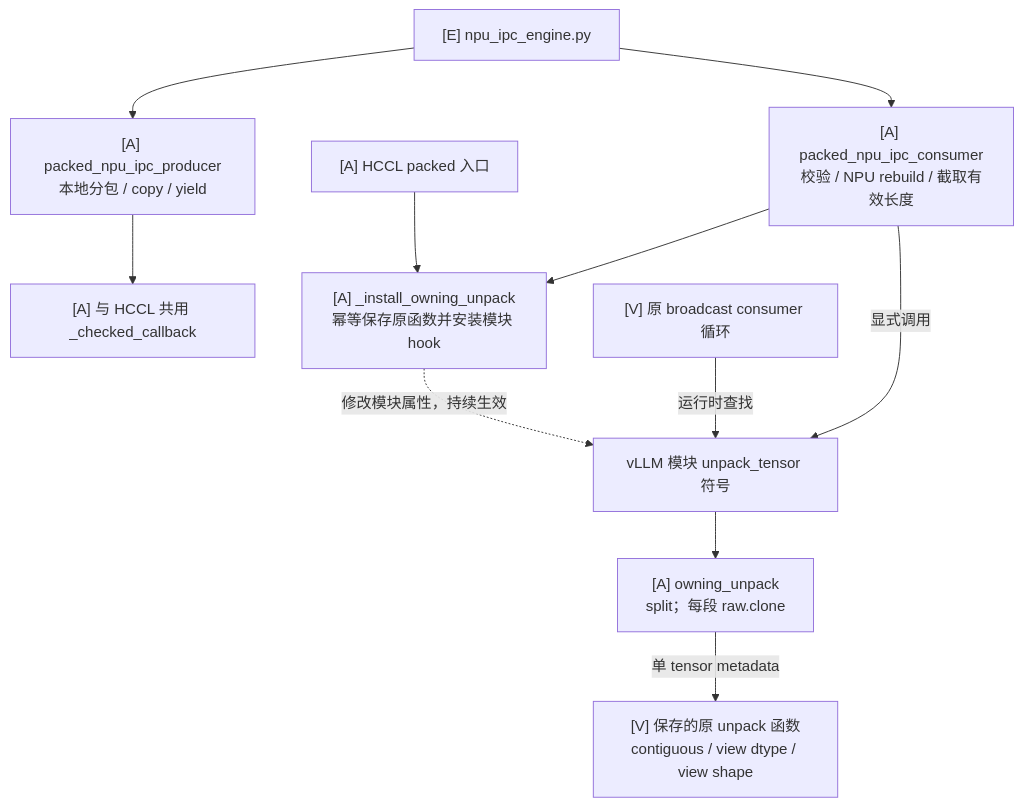
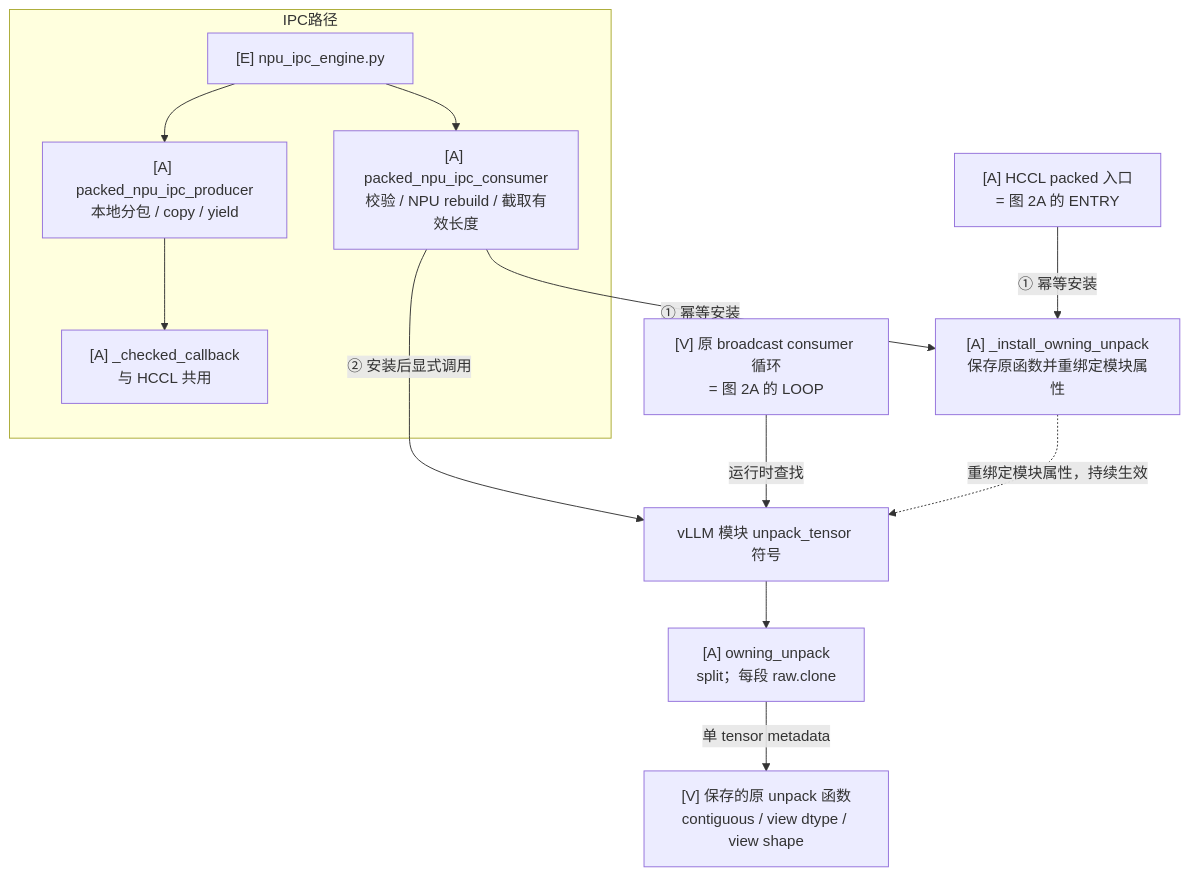
Before and after one commit to Liccol/ref-doc: the third of 10 diagrams in vllm/weight-transfer/packed-tensor-design.md, drawn with Mermaid. The commit also changed other lines of this file and 3 other files, not shown here.

First line of the commit message:
docs: fix diagram attribution and split UML rebinding v1.0.6

````diff
--- a/vllm/weight-transfer/packed-tensor-design.md
+++ b/vllm/weight-transfer/packed-tensor-design.md
@@ -150,13 +150,15 @@
 ```mermaid
 flowchart TD
-    IE["[E] npu_ipc_engine.py"] --> IP["[A] packed_npu_ipc_producer<br/>本地分包 / copy / yield"]
-    IP --> CHECK["[A] 与 HCCL 共用 _checked_callback"]
-    IE --> IC["[A] packed_npu_ipc_consumer<br/>校验 / NPU rebuild / 截取有效长度"]
-    HE["[A] HCCL packed 入口"] --> HOOK["[A] _install_owning_unpack<br/>幂等保存原函数并安装模块 hook"]
-    IC --> HOOK
-    HOOK -.->|修改模块属性，持续生效| SYMBOL["vLLM 模块 unpack_tensor 符号"]
-    LOOP["[V] 原 broadcast consumer 循环"] -->|运行时查找| SYMBOL
-    IC -->|显式调用| SYMBOL
+    subgraph IPC路径
+        IE["[E] npu_ipc_engine.py"] --> IP["[A] packed_npu_ipc_producer<br/>本地分包 / copy / yield"]
+        IP --> CHECK["[A] _checked_callback<br/>与 HCCL 共用"]
+        IE --> IC["[A] packed_npu_ipc_consumer<br/>校验 / NPU rebuild / 截取有效长度"]
+    end
+    HE["[A] HCCL packed 入口<br/>= 图 2A 的 ENTRY"] -->|"① 幂等安装"| HOOK["[A] _install_owning_unpack<br/>保存原函数并重绑定模块属性"]
+    IC -->|"① 幂等安装"| HOOK
+    HOOK -.->|"重绑定模块属性，持续生效"| SYMBOL["vLLM 模块 unpack_tensor 符号"]
+    LOOP["[V] 原 broadcast consumer 循环<br/>= 图 2A 的 LOOP"] -->|"运行时查找"| SYMBOL
+    IC -->|"② 安装后显式调用"| SYMBOL
     SYMBOL --> OWN["[A] owning_unpack<br/>split；每段 raw.clone"]
     OWN -->|单 tensor metadata| ORIG["[V] 保存的原 unpack 函数<br/>contiguous / view dtype / view shape"]
 ```
````
